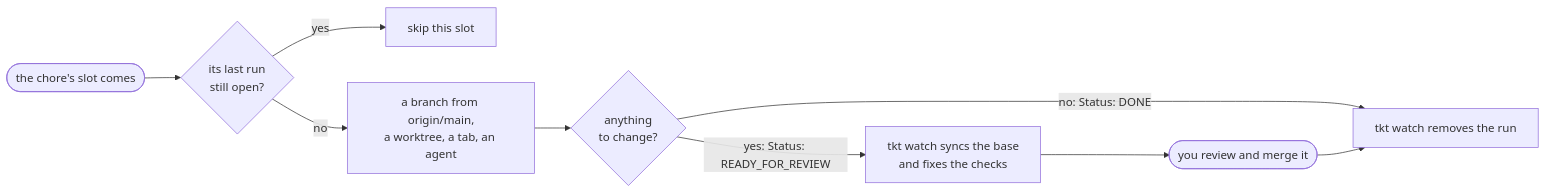
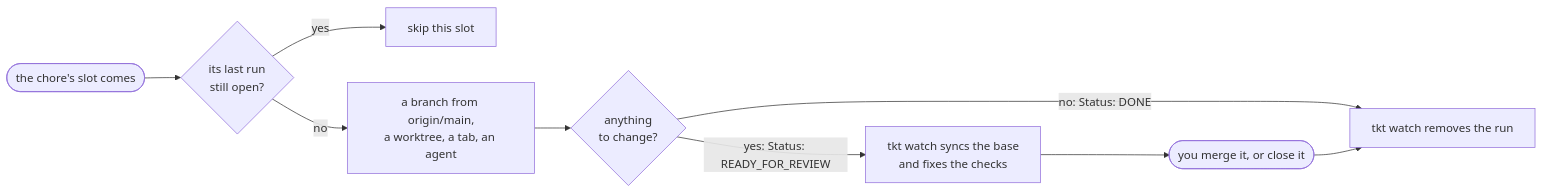
One commit to rogsme/tkt changed the sixth of 8 diagrams in docs/lifecycle.md. Above: the diagram before and after it, drawn with Mermaid. The commit also changed other lines of this file and 40 other files, not shown here.

````diff
--- a/docs/lifecycle.md
+++ b/docs/lifecycle.md
@@ -313,11 +313,11 @@
 ```mermaid
 flowchart LR
   slot(["the chore's slot comes"]) --> open{"its last run<br/>still open?"}
   open -->|yes| skip["skip this slot"]
   open -->|no| run["a branch from origin/main,<br/>a worktree, a tab, an agent"]
   run --> change{"anything<br/>to change?"}
   change -->|"no: Status: DONE"| gone["tkt watch removes the run"]
   change -->|"yes: Status: READY_FOR_REVIEW"| pr["tkt watch syncs the base<br/>and fixes the checks"]
-  pr --> you(["you review and merge it"])
+  pr --> you(["you merge it, or close it"])
   you --> gone
 ```
````
